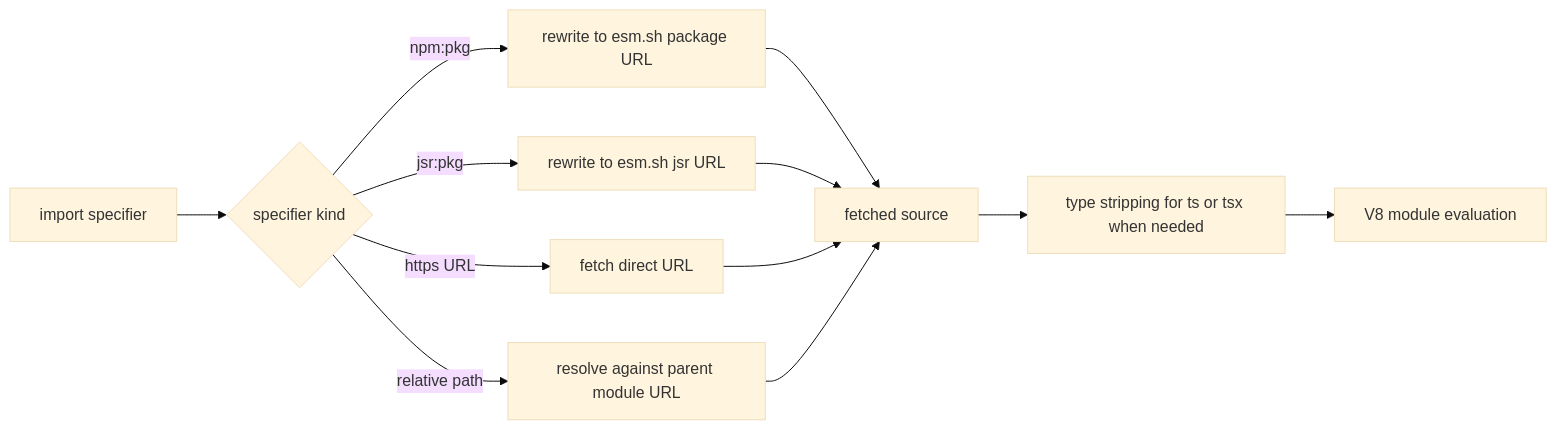
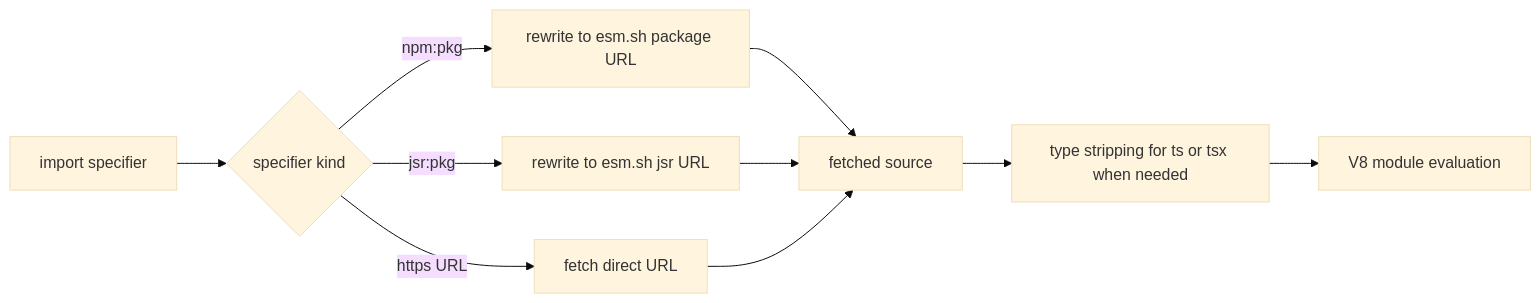
The diagram in site-docs/concepts/module-loading.md (r33drichards/mcp-js), drawn with Mermaid (base theme) before and after one commit. The commit also changed other lines of this file and 86 other files, not shown here.

````diff
--- a/site-docs/concepts/module-loading.md
+++ b/site-docs/concepts/module-loading.md
@@ -14,14 +13,12 @@
 ```mermaid
 flowchart LR
   A[import specifier] --> B{specifier kind}
   B -->|npm:pkg| C[rewrite to esm.sh package URL]
   B -->|jsr:pkg| D[rewrite to esm.sh jsr URL]
   B -->|https URL| E[fetch direct URL]
-  B -->|relative path| F[resolve against parent module URL]
   C --> G[fetched source]
   D --> G
   E --> G
-  F --> G
   G --> H[type stripping for ts or tsx when needed]
   H --> I[V8 module evaluation]
 ```
````
